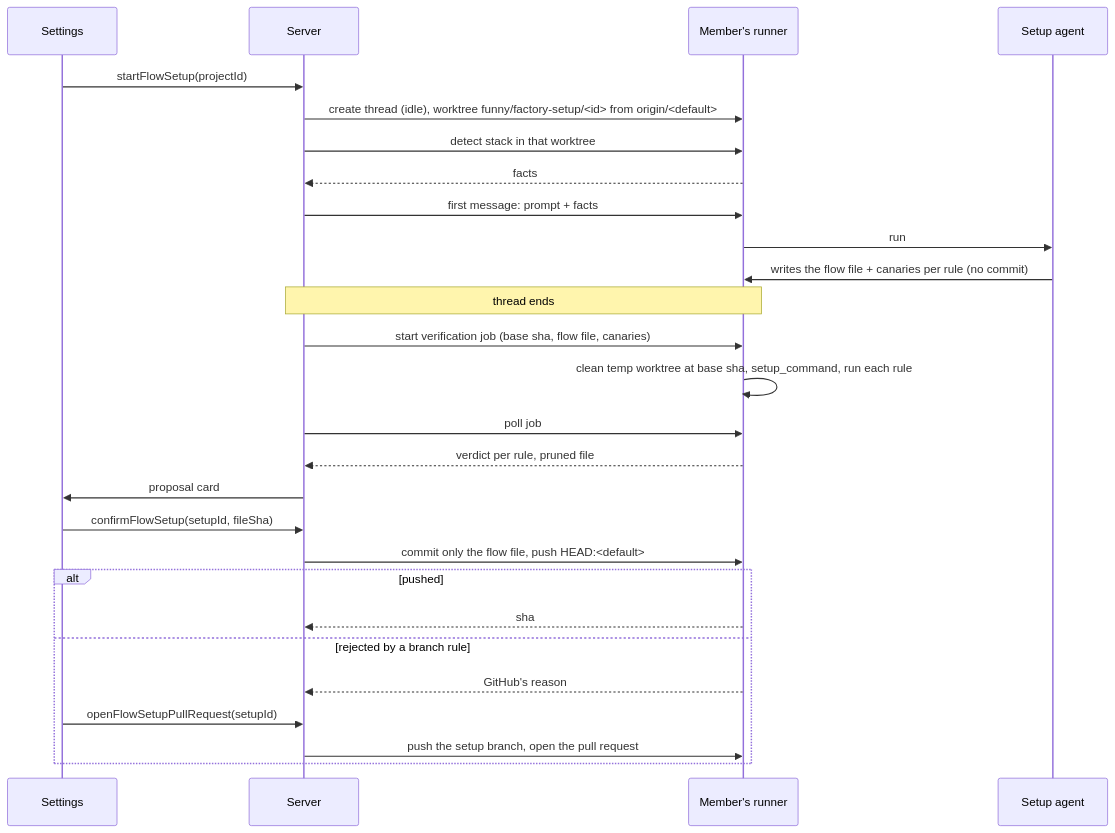
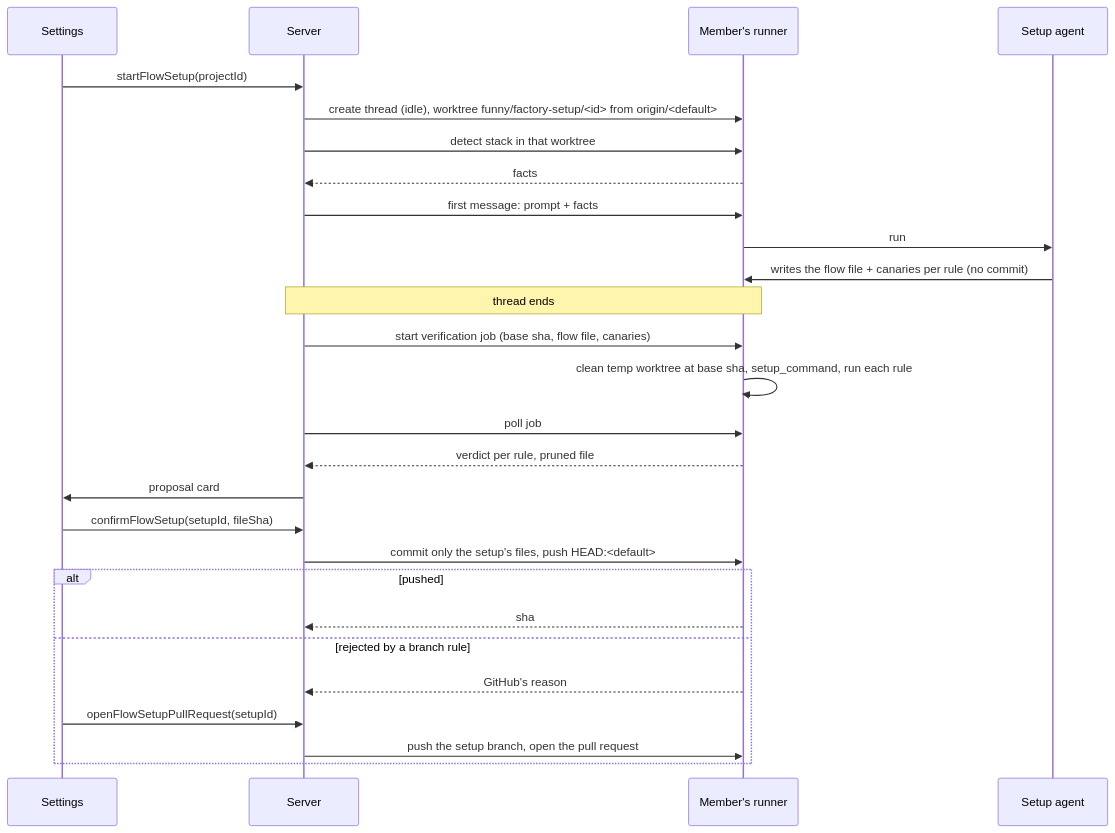
The first of 2 diagrams in openspec/changes/factory-flow-bootstrap/design.md (ironmussa/funny), drawn with Mermaid before and after one commit. The commit also changed other lines of this file and 3 other files, not shown here.

First line of the commit message:
docs(openspec): refine factory-flow-bootstrap with prompt files and multi-file check

````diff
--- a/openspec/changes/factory-flow-bootstrap/design.md
+++ b/openspec/changes/factory-flow-bootstrap/design.md
@@ -95,29 +95,29 @@
 ```mermaid
 sequenceDiagram
   participant UI as Settings
   participant S as Server
   participant R as Member's runner
   participant A as Setup agent
   UI->>S: startFlowSetup(projectId)
   S->>R: create thread (idle), worktree funny/factory-setup/<id> from origin/<default>
   S->>R: detect stack in that worktree
   R-->>S: facts
   S->>R: first message: prompt + facts
   R->>A: run
   A->>R: writes the flow file + canaries per rule (no commit)
   Note over S,R: thread ends
   S->>R: start verification job (base sha, flow file, canaries)
   R->>R: clean temp worktree at base sha, setup_command, run each rule
   S->>R: poll job
   R-->>S: verdict per rule, pruned file
   S->>UI: proposal card
   UI->>S: confirmFlowSetup(setupId, fileSha)
-  S->>R: commit only the flow file, push HEAD:<default>
+  S->>R: commit only the setup's files, push HEAD:<default>
   alt pushed
     R-->>S: sha
   else rejected by a branch rule
     R-->>S: GitHub's reason
     UI->>S: openFlowSetupPullRequest(setupId)
     S->>R: push the setup branch, open the pull request
   end
 ```
````
